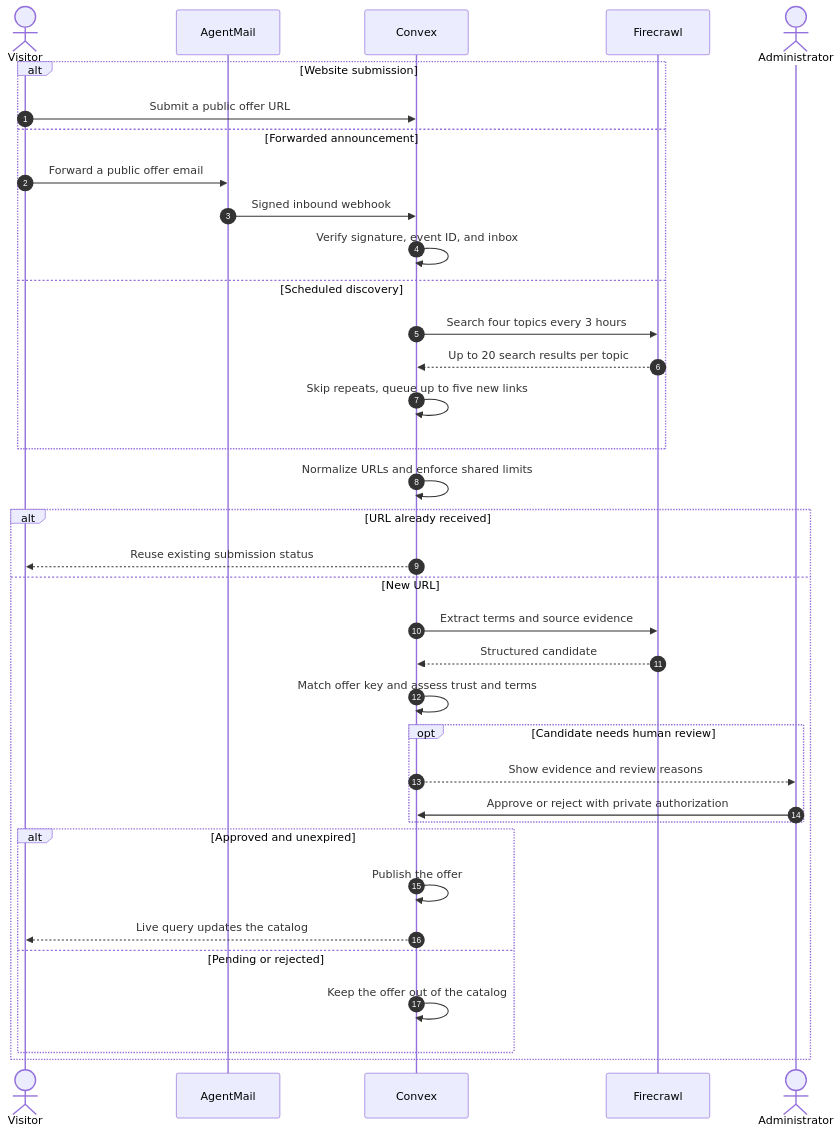
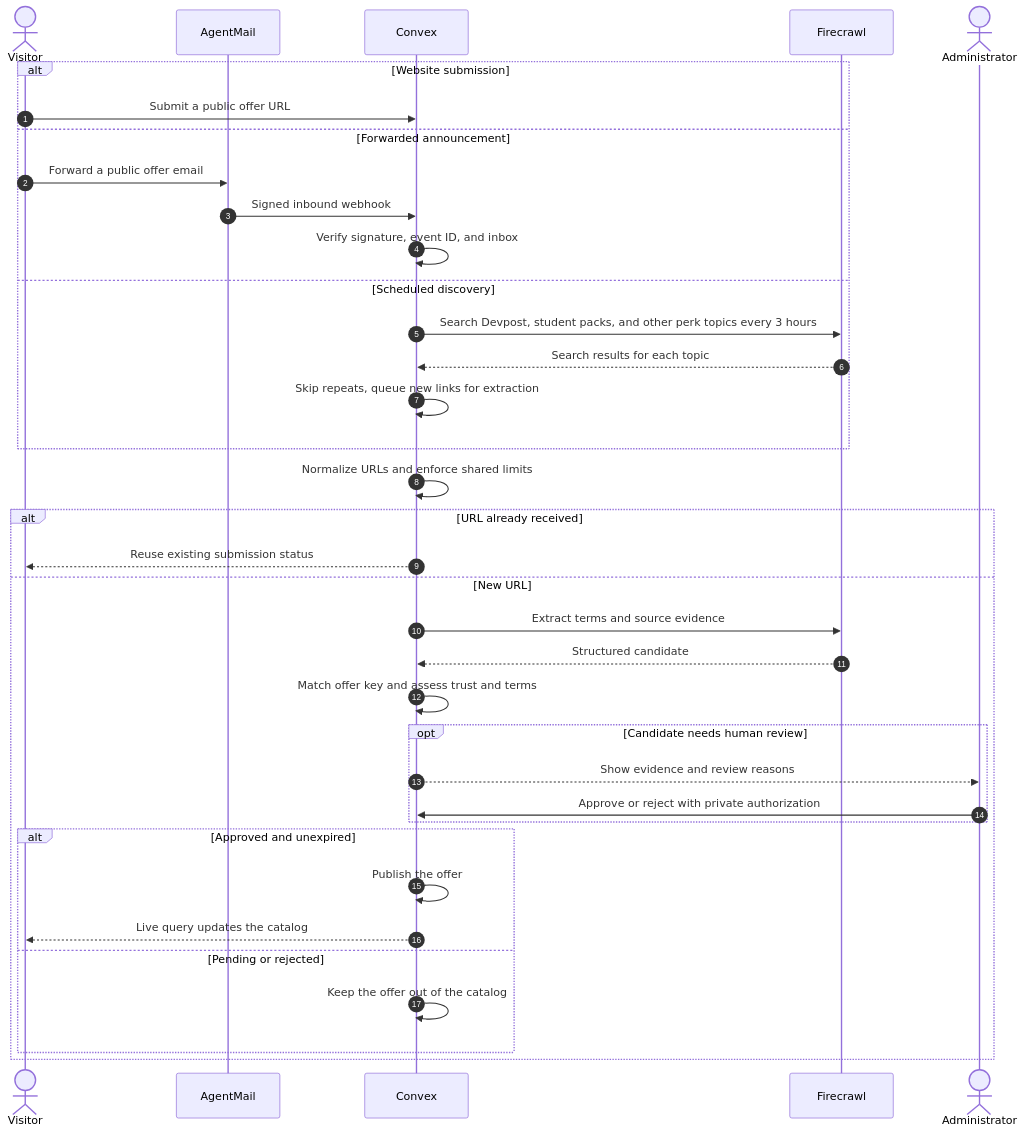
The diagram in README.md (sansynx/perkdrop-click), drawn with Mermaid before and after one commit. The commit also changed 8 other files, not shown here.

Commit message:
Widen scheduled discovery to Devpost and more perk sources

````diff
--- a/README.md
+++ b/README.md
@@ -10,38 +10,38 @@
 ```mermaid
 sequenceDiagram
     autonumber
     actor Visitor
     participant Mail as AgentMail
     participant Backend as Convex
     participant Crawler as Firecrawl
     actor Admin as Administrator
     alt Website submission
         Visitor->>Backend: Submit a public offer URL
     else Forwarded announcement
         Visitor->>Mail: Forward a public offer email
         Mail->>Backend: Signed inbound webhook
         Backend->>Backend: Verify signature, event ID, and inbox
     else Scheduled discovery
-        Backend->>Crawler: Search four topics every 3 hours
-        Crawler-->>Backend: Up to 20 search results per topic
-        Backend->>Backend: Skip repeats, queue up to five new links
+        Backend->>Crawler: Search Devpost, student packs, and other perk topics every 3 hours
+        Crawler-->>Backend: Search results for each topic
+        Backend->>Backend: Skip repeats, queue new links for extraction
     end
     Backend->>Backend: Normalize URLs and enforce shared limits
     alt URL already received
         Backend-->>Visitor: Reuse existing submission status
     else New URL
         Backend->>Crawler: Extract terms and source evidence
         Crawler-->>Backend: Structured candidate
         Backend->>Backend: Match offer key and assess trust and terms
         opt Candidate needs human review
             Backend-->>Admin: Show evidence and review reasons
             Admin->>Backend: Approve or reject with private authorization
         end
         alt Approved and unexpired
             Backend->>Backend: Publish the offer
             Backend-->>Visitor: Live query updates the catalog
         else Pending or rejected
             Backend->>Backend: Keep the offer out of the catalog
         end
     end
 ```
````
